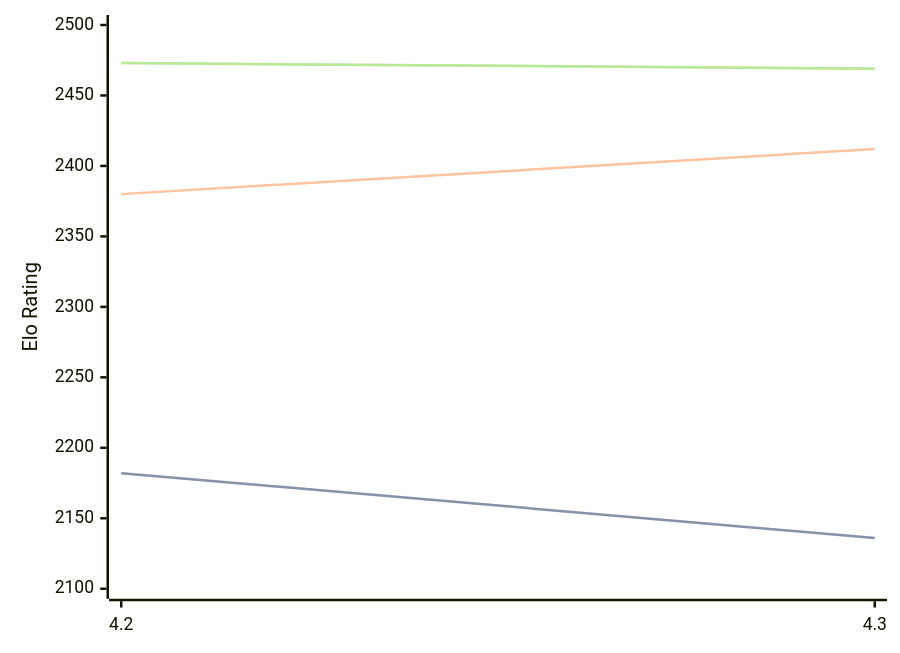
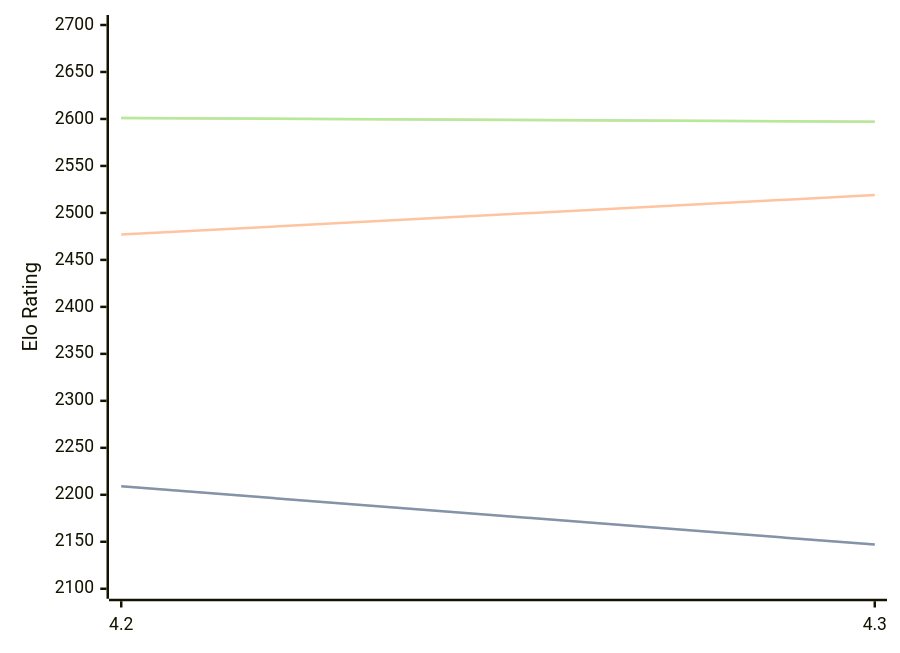
Before and after one commit to computer-chess-index/cci: the diagram in engines/Eubos.md, drawn with Mermaid. The commit also changed other lines of this file, not shown here.

Commit message:
Update CCI Ratings (ELO VLTC) - 2026-02-24

````diff
--- a/engines/Eubos.md
+++ b/engines/Eubos.md
@@ -85,11 +86,11 @@
 ```mermaid
 %%{init: {"theme":"base","themeVariables":{"seriesColors:['#a3a3a3','#222221','#faa371']}}}%%
 xychart-beta
   x-axis ["4.2", "4.3"]
-  y-axis "Elo Rating" 2100 --> 2500
-  line "STC (8.0+0.08s)" [2182, 2136]
-  line "STC (8.0+0.08s)" [2182, 2136]
-  line "LTC (60.0+0.60s)" [2380, 2412]
-  line "VLTC (2m24s+1.12s)" [2473, 2469]
-  line "VLTC (2m24s+1.12s)" [2473, 2469]
+  y-axis "Elo Rating" 2100 --> 2700
+  line "STC (8.0+0.08s)" [2209, 2147]
+  line "STC (8.0+0.08s)" [2209, 2147]
+  line "LTC (60.0+0.60s)" [2477, 2519]
+  line "VLTC (2m24s+1.12s)" [2601, 2597]
+  line "VLTC (2m24s+1.12s)" [2601, 2597]
 ```
````
